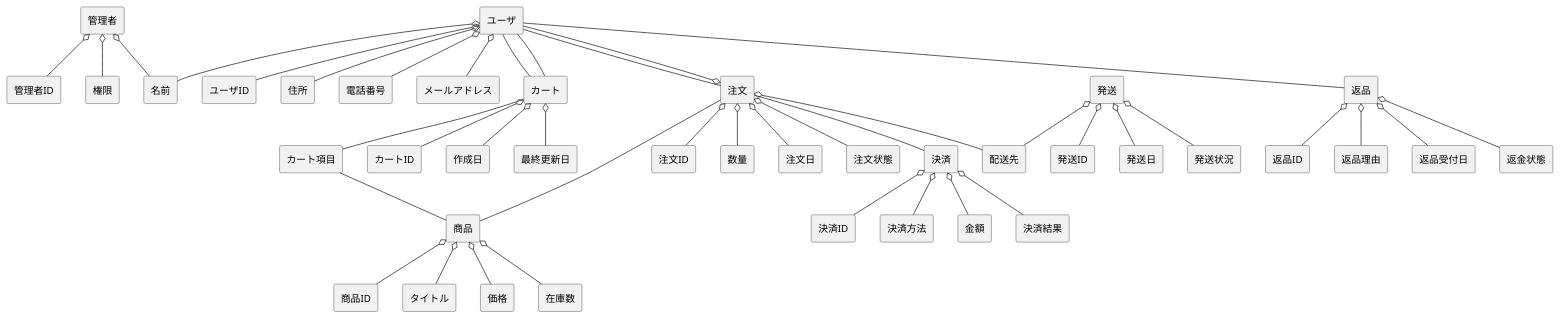
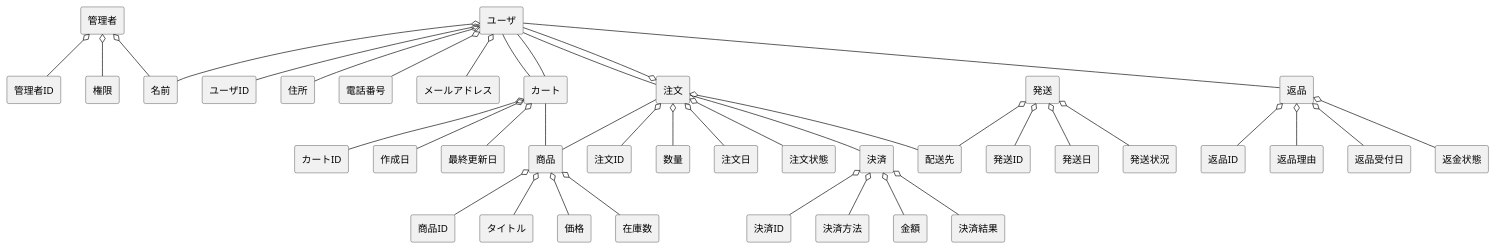
The diagram in BBshop/domain.pu (ghbuser12/ohara_uml), drawn with PlantUML before and after one commit.

```diff
--- a/BBshop/domain.pu
+++ b/BBshop/domain.pu
@@ -1,64 +1,63 @@
 @startuml BBショップドメインモデル図
 skinparam componentStyle rectangle
 
 ' ユーザ
 ' ユーザID、名前、住所、電話番号、メールアドレス
 [ユーザ] o-- [ユーザID]
 [ユーザ] o-- [名前]
 [ユーザ] o-- [住所]
 [ユーザ] o-- [電話番号]
 [ユーザ] o-- [メールアドレス]
 [ユーザ] -- [注文]
 [ユーザ] -- [返品]
 
 ' 商品
 ' 商品ID、タイトル、価格、在庫数
 [商品] o-- [商品ID]
 [商品] o-- [タイトル]
 [商品] o-- [価格]
 [商品] o-- [在庫数]
 ' 注文
 ' 注文ID、数量、注文日、配送先、注文状態
 [注文] o-- [注文ID]
 [注文] o-- [ユーザ]
 [注文] -- [商品]
 [注文] o-- [数量]
 [注文] o-- [注文日]
 [注文] o-- [配送先]
 [注文] o-- [注文状態]
 [注文] -- [決済]
 ' 決済
 ' 決済ID、決済方法、金額、決済結果
 [決済] o-- [決済ID]
 [決済] o-- [決済方法]
 [決済] o-- [金額]
 [決済] o-- [決済結果]
 ' 発送
 ' 発送ID、配送先、発送日、発送状況
 [発送] o-- [発送ID]
 [発送] o-- [配送先]
 [発送] o-- [発送日]
 [発送] o-- [発送状況]
 ' 返品
 ' 返品ID、返品理由、返品受付日、返金状態
 [返品] o-- [返品ID]
 [返品] o-- [返品理由]
 [返品] o-- [返品受付日]
 [返品] o-- [返金状態]
 ' 管理者
 ' 管理者ID、名前、権限
 [管理者] o-- [管理者ID]
 [管理者] o-- [名前]
 [管理者] o-- [権限]
 ' ===== カート機能の追加 =====
 [カート] o-- [カートID]
 [カート] o-- [作成日]
 [カート] o-- [最終更新日]
 [カート] -- [ユーザ]
 
 
 ' 関連（わかりやすさのため明示）
 [ユーザ] -- [カート]
-[カート] -- [カート項目]
-[カート項目] -- [商品]
+[カート] -- [商品]
 @enduml
```
